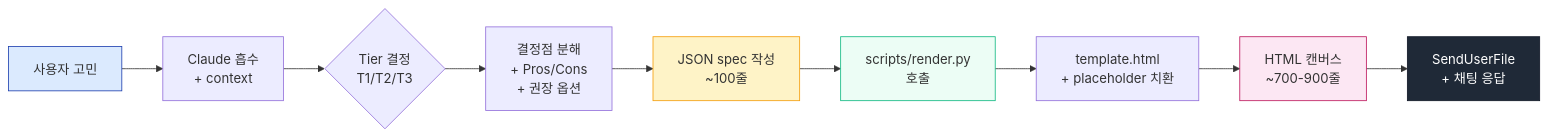
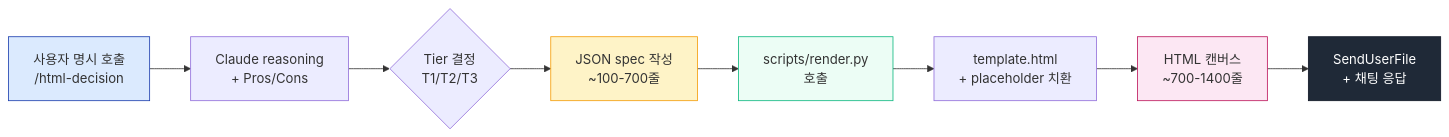
One commit to yeonjun-cho/html-decision changed the diagram in README.md. Above: the diagram before and after it, drawn with Mermaid. The commit also changed other lines of this file and 4 other files, not shown here.

````diff
--- a/README.md
+++ b/README.md
@@ -32,17 +53,16 @@
 ```mermaid
 flowchart LR
-    A[사용자 고민] --> B[Claude 흡수<br/>+ context]
+    A[사용자 명시 호출<br/>/html-decision] --> B[Claude reasoning<br/>+ Pros/Cons]
     B --> C{Tier 결정<br/>T1/T2/T3}
-    C --> D[결정점 분해<br/>+ Pros/Cons<br/>+ 권장 옵션]
-    D --> E[JSON spec 작성<br/>~100줄]
-    E --> F[scripts/render.py<br/>호출]
-    F --> G[template.html<br/>+ placeholder 치환]
-    G --> H[HTML 캔버스<br/>~700-900줄]
-    H --> I[SendUserFile<br/>+ 채팅 응답]
+    C --> D[JSON spec 작성<br/>~100-700줄]
+    D --> E[scripts/render.py<br/>호출]
+    E --> F[template.html<br/>+ placeholder 치환]
+    F --> G[HTML 캔버스<br/>~700-1400줄]
+    G --> H[SendUserFile<br/>+ 채팅 응답]
 
     style A fill:#dbeafe,stroke:#1e40af
-    style E fill:#fef3c7,stroke:#f59e0b
-    style F fill:#ecfdf5,stroke:#10b981
-    style H fill:#fce7f3,stroke:#be185d
-    style I fill:#1f2937,stroke:#111827,color:#fff
+    style D fill:#fef3c7,stroke:#f59e0b
+    style E fill:#ecfdf5,stroke:#10b981
+    style G fill:#fce7f3,stroke:#be185d
+    style H fill:#1f2937,stroke:#111827,color:#fff
 ```
````
